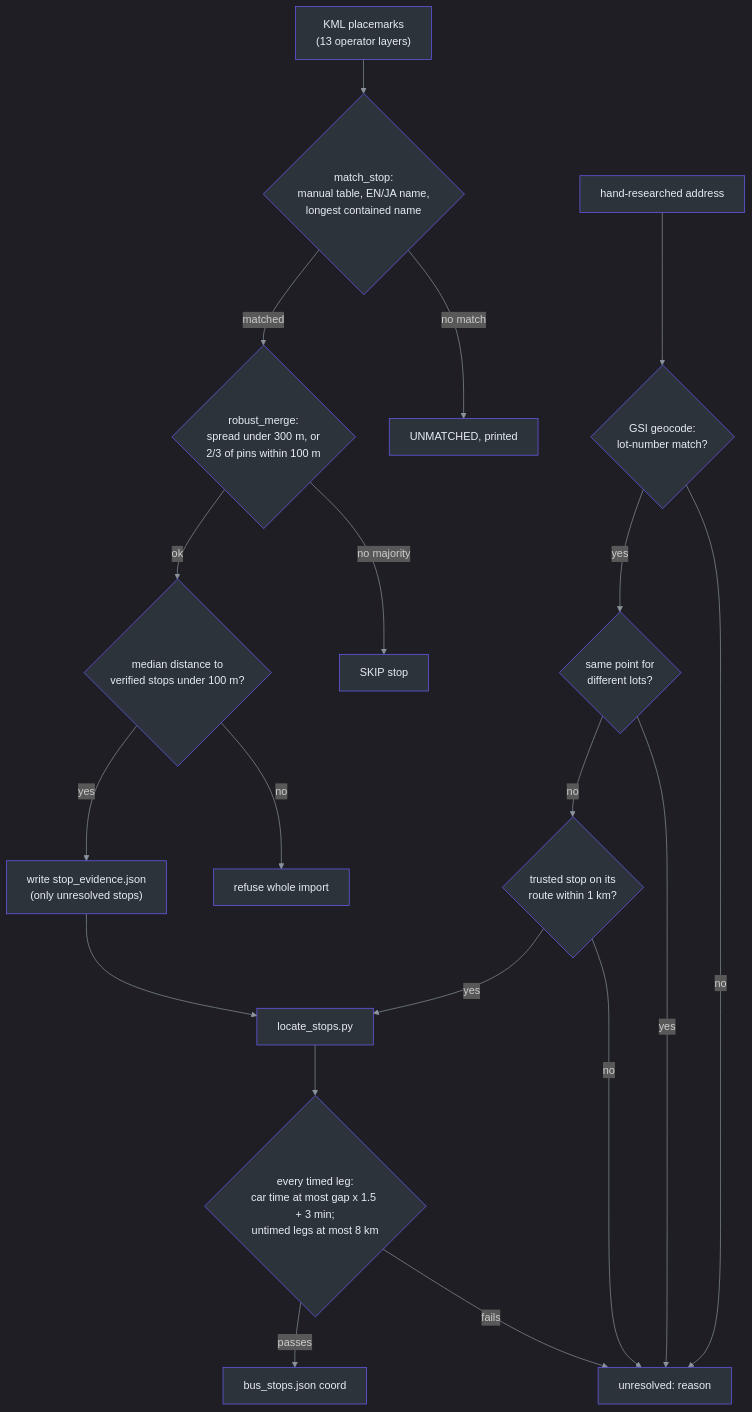
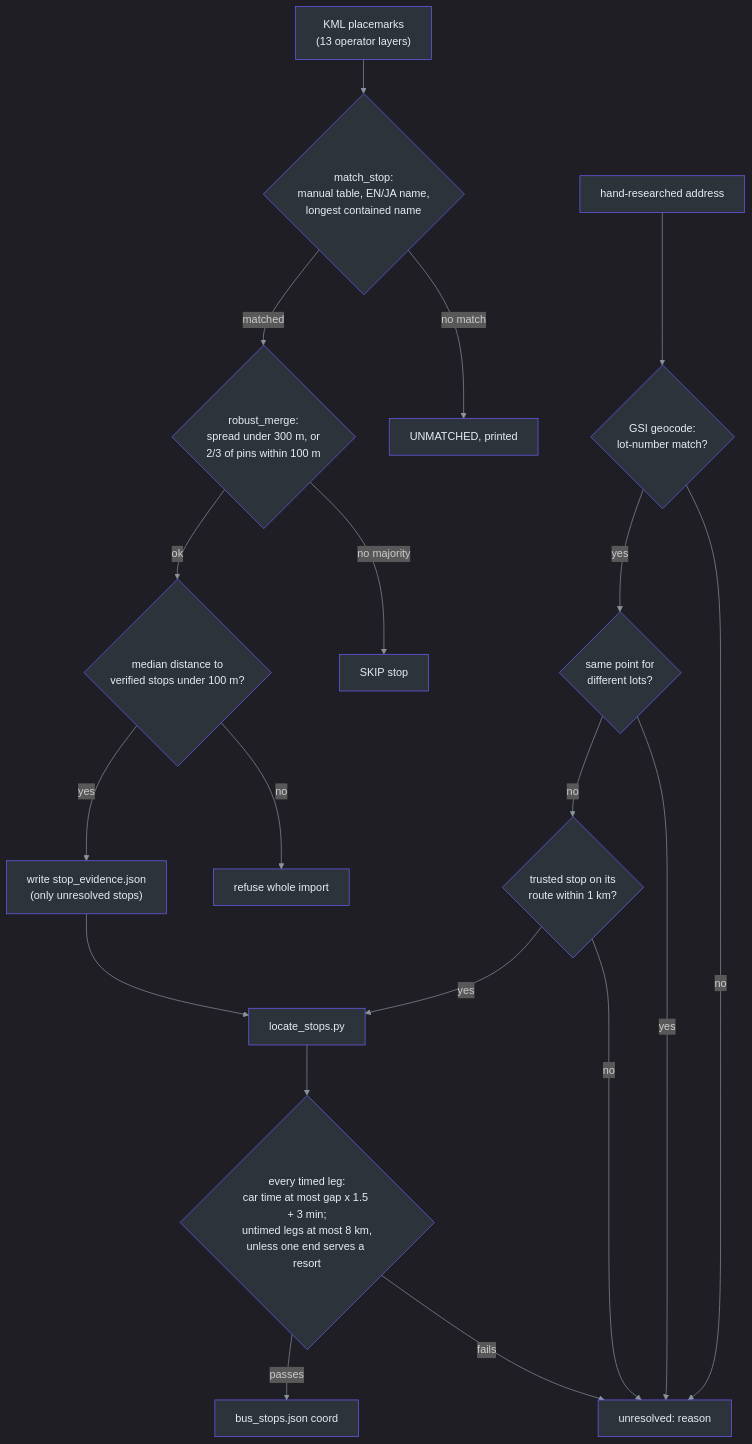
The third of 6 diagrams in docs/wiki/02-bus/bus-schedules.md (r03922123/jp_ski_map), drawn with Mermaid before and after one commit. The commit also changed other lines of this file and 3 other files, not shown here.

````diff
--- a/docs/wiki/02-bus/bus-schedules.md
+++ b/docs/wiki/02-bus/bus-schedules.md
@@ -210,24 +210,24 @@
 ```mermaid
 %%{init: {'theme':'dark', 'themeVariables': {'primaryColor':'#2d333b','primaryBorderColor':'#6d5dfc','primaryTextColor':'#e6edf3','lineColor':'#8b949e'}}}%%
 flowchart TD
   K["KML placemarks<br>(13 operator layers)"] --> M{"match_stop:<br>manual table, EN/JA name,<br>longest contained name"}
   M -->|no match| U["UNMATCHED, printed"]
   M -->|matched| R{"robust_merge:<br>spread under 300 m, or<br>2/3 of pins within 100 m"}
   R -->|no majority| SK["SKIP stop"]
   R -->|ok| A{"median distance to<br>verified stops under 100 m?"}
   A -->|no| REF["refuse whole import"]
   A -->|yes| EV["write stop_evidence.json<br>(only unresolved stops)"]
   EV --> L["locate_stops.py"]
   ADDR["hand-researched address"] --> G{"GSI geocode:<br>lot-number match?"}
   G -->|no| RJ["unresolved: reason"]
   G -->|yes| AMB{"same point for<br>different lots?"}
   AMB -->|yes| RJ
   AMB -->|no| COR{"trusted stop on its<br>route within 1 km?"}
   COR -->|no| RJ
   COR -->|yes| L
-  L --> V{"every timed leg:<br>car time at most gap x 1.5 + 3 min;<br>untimed legs at most 8 km"}
+  L --> V{"every timed leg:<br>car time at most gap x 1.5 + 3 min;<br>untimed legs at most 8 km,<br>unless one end serves a resort"}
   V -->|fails| RJ
   V -->|passes| OK["bus_stops.json coord"]
   classDef n fill:#2d333b,stroke:#6d5dfc,color:#e6edf3
   class K,M,U,R,SK,A,REF,EV,L,ADDR,G,RJ,AMB,COR,V,OK n
 ```
````
